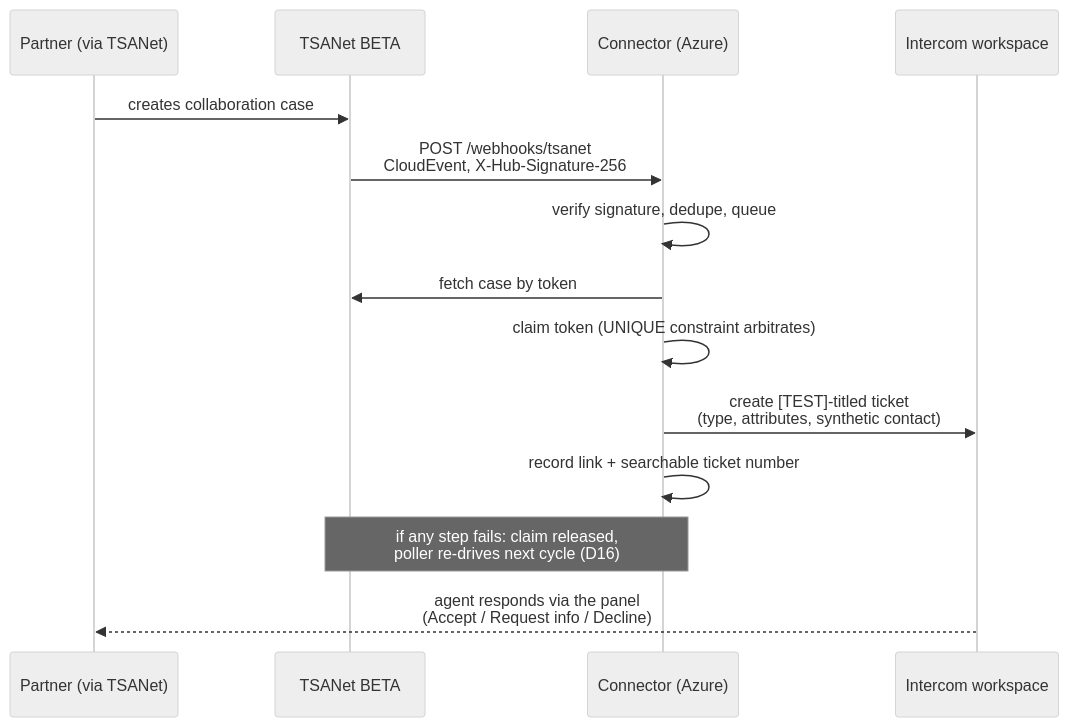
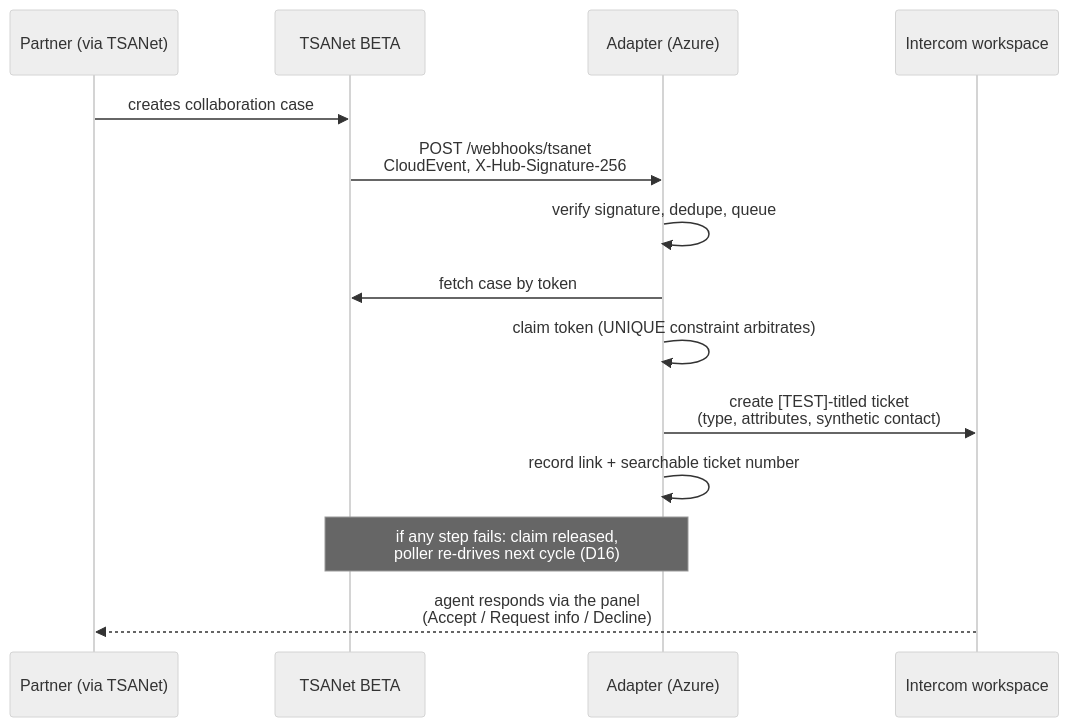
The fourth of 5 diagrams in docs/AZURE_DEPLOYMENT.md (tsanetgit/Fin-Intercom_App), drawn with Mermaid (neutral theme) before and after one commit. The commit also changed other lines of this file and 1 other file, not shown here.

First line of the commit message:
Docs: the component is the Fin/Intercom adapter

````diff
--- a/docs/AZURE_DEPLOYMENT.md
+++ b/docs/AZURE_DEPLOYMENT.md
@@ -122,17 +122,17 @@
 ```mermaid
 sequenceDiagram
     participant P as Partner (via TSANet)
     participant T as TSANet BETA
-    participant G as Connector (Azure)
+    participant G as Adapter (Azure)
     participant I as Intercom workspace
 
     P->>T: creates collaboration case
     T->>G: POST /webhooks/tsanet<br/>CloudEvent, X-Hub-Signature-256
     G->>G: verify signature, dedupe, queue
     G->>T: fetch case by token
     G->>G: claim token (UNIQUE constraint arbitrates)
     G->>I: create [TEST]-titled ticket<br/>(type, attributes, synthetic contact)
     G->>G: record link + searchable ticket number
     Note over G,T: if any step fails: claim released,<br/>poller re-drives next cycle (D16)
     I-->>P: agent responds via the panel<br/>(Accept / Request info / Decline)
 ```
````
